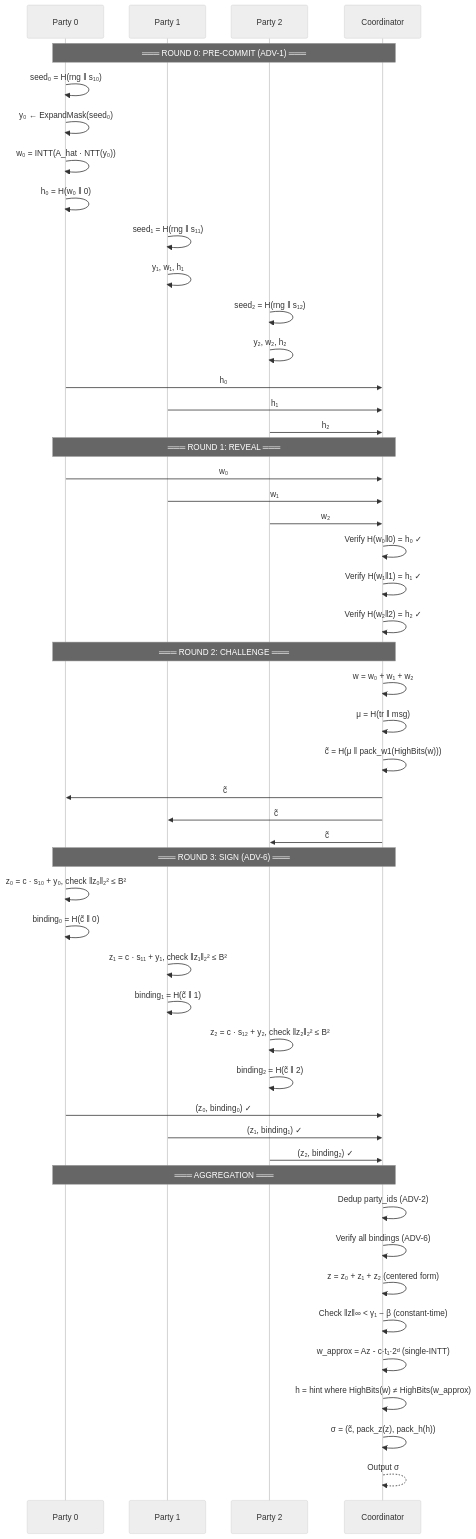
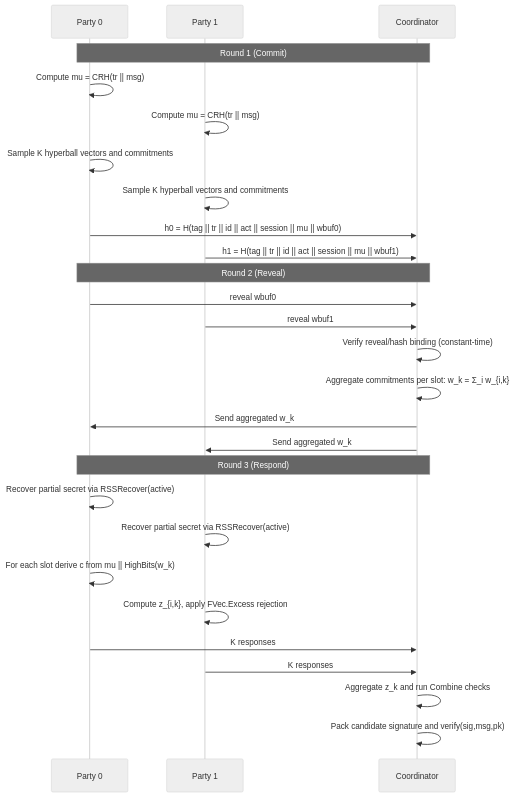
The fourth of 8 diagrams in PROTOCOL.md (lattice-safe/threshold-ml-dsa), drawn with Mermaid (neutral theme) before and after one commit. The commit also changed other lines of this file and 2 other files, not shown here.

Commit message:
docs: align README/SDK/PROTOCOL with v0.3 signing flow

````diff
--- a/PROTOCOL.md
+++ b/PROTOCOL.md
@@ -595,66 +604,33 @@
 ```mermaid
 sequenceDiagram
     participant P0 as Party 0
     participant P1 as Party 1
-    participant P2 as Party 2
     participant C as Coordinator
 
-    Note over P0,C: ═══ ROUND 0: PRE-COMMIT (ADV-1) ═══
+    Note over P0,C: Round 1 (Commit)
+    P0->>P0: Compute mu = CRH(tr || msg)
+    P1->>P1: Compute mu = CRH(tr || msg)
+    P0->>P0: Sample K hyperball vectors and commitments
+    P1->>P1: Sample K hyperball vectors and commitments
+    P0->>C: h0 = H(tag || tr || id || act || session || mu || wbuf0)
+    P1->>C: h1 = H(tag || tr || id || act || session || mu || wbuf1)
 
-    P0->>P0: seed₀ = H(rng ‖ s₁₀)
-    P0->>P0: y₀ ← ExpandMask(seed₀)
-    P0->>P0: w₀ = INTT(A_hat · NTT(y₀))
-    P0->>P0: h₀ = H(w₀ ‖ 0)
-    P1->>P1: seed₁ = H(rng ‖ s₁₁)
-    P1->>P1: y₁, w₁, h₁
-    P2->>P2: seed₂ = H(rng ‖ s₁₂)
-    P2->>P2: y₂, w₂, h₂
+    Note over P0,C: Round 2 (Reveal)
+    P0->>C: reveal wbuf0
+    P1->>C: reveal wbuf1
+    C->>C: Verify reveal/hash binding (constant-time)
+    C->>C: Aggregate commitments per slot: w_k = Σ_i w_{i,k}
+    C->>P0: Send aggregated w_k
+    C->>P1: Send aggregated w_k
 
-    P0->>C: h₀
-    P1->>C: h₁
-    P2->>C: h₂
+    Note over P0,C: Round 3 (Respond)
+    P0->>P0: Recover partial secret via RSSRecover(active)
+    P1->>P1: Recover partial secret via RSSRecover(active)
+    P0->>P0: For each slot derive c from mu || HighBits(w_k)
+    P1->>P1: Compute z_{i,k}, apply FVec.Excess rejection
+    P0->>C: K responses
+    P1->>C: K responses
 
-    Note over P0,C: ═══ ROUND 1: REVEAL ═══
-
-    P0->>C: w₀
-    P1->>C: w₁
-    P2->>C: w₂
-
-    C->>C: Verify H(w₀‖0) = h₀ ✓
-    C->>C: Verify H(w₁‖1) = h₁ ✓
-    C->>C: Verify H(w₂‖2) = h₂ ✓
-
-    Note over P0,C: ═══ ROUND 2: CHALLENGE ═══
-
-    C->>C: w = w₀ + w₁ + w₂
-    C->>C: μ = H(tr ‖ msg)
-    C->>C: c̃ = H(μ ‖ pack_w1(HighBits(w)))
-
-    C->>P0: c̃
-    C->>P1: c̃
-    C->>P2: c̃
-
-    Note over P0,C: ═══ ROUND 3: SIGN (ADV-6) ═══
-
-    P0->>P0: z₀ = c · s₁₀ + y₀, check ‖z₀‖₂² ≤ B²
-    P0->>P0: binding₀ = H(c̃ ‖ 0)
-    P1->>P1: z₁ = c · s₁₁ + y₁, check ‖z₁‖₂² ≤ B²
-    P1->>P1: binding₁ = H(c̃ ‖ 1)
-    P2->>P2: z₂ = c · s₁₂ + y₂, check ‖z₂‖₂² ≤ B²
-    P2->>P2: binding₂ = H(c̃ ‖ 2)
-
-    P0->>C: (z₀, binding₀) ✓
-    P1->>C: (z₁, binding₁) ✓
-    P2->>C: (z₂, binding₂) ✓
-
-    Note over P0,C: ═══ AGGREGATION ═══
-
-    C->>C: Dedup party_ids (ADV-2)
-    C->>C: Verify all bindings (ADV-6)
-    C->>C: z = z₀ + z₁ + z₂ (centered form)
-    C->>C: Check ‖z‖∞ < γ₁ − β (constant-time)
-    C->>C: w_approx = Az - c·t₁·2ᵈ (single-INTT)
-    C->>C: h = hint where HighBits(w) ≠ HighBits(w_approx)
-    C->>C: σ = (c̃, pack_z(z), pack_h(h))
-    C-->>C: Output σ
+    C->>C: Aggregate z_k and run Combine checks
+    C->>C: Pack candidate signature and verify(sig,msg,pk)
 ```
````
